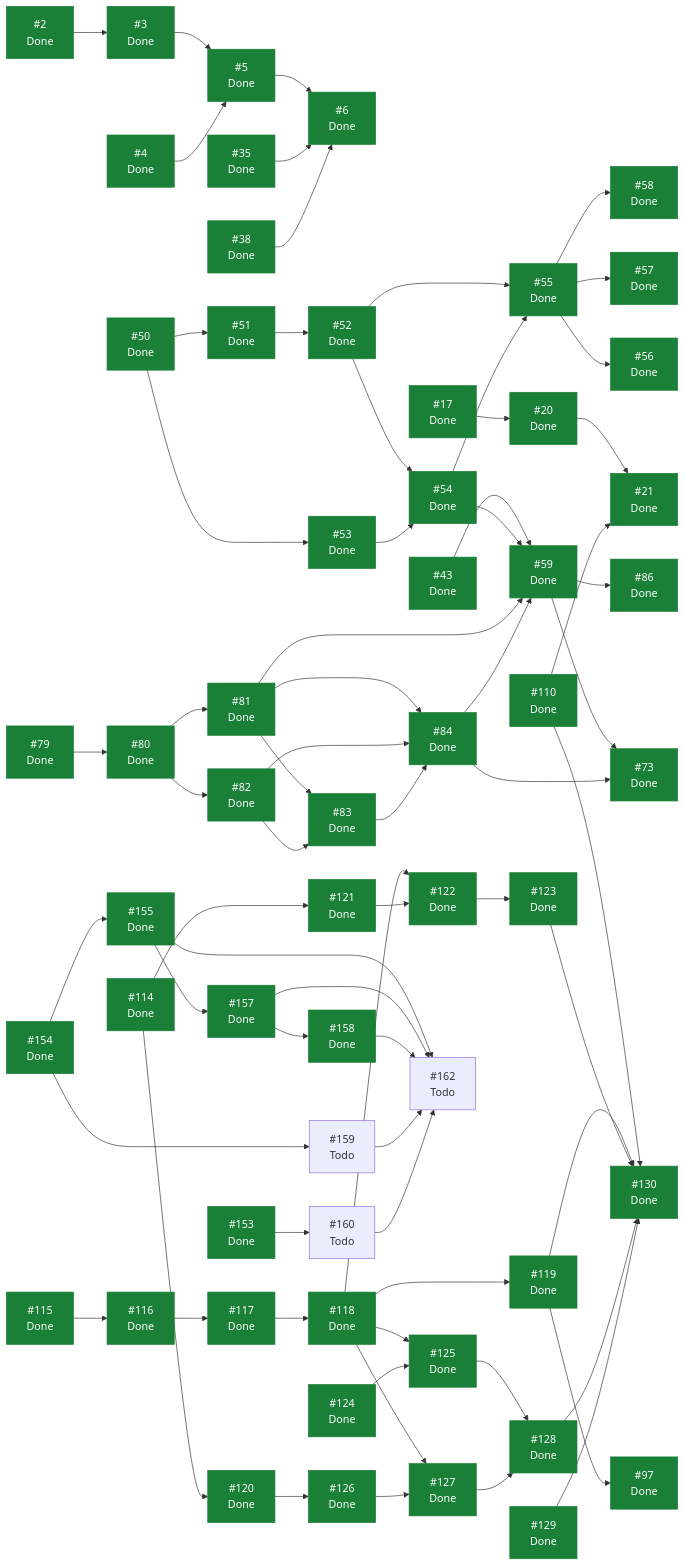
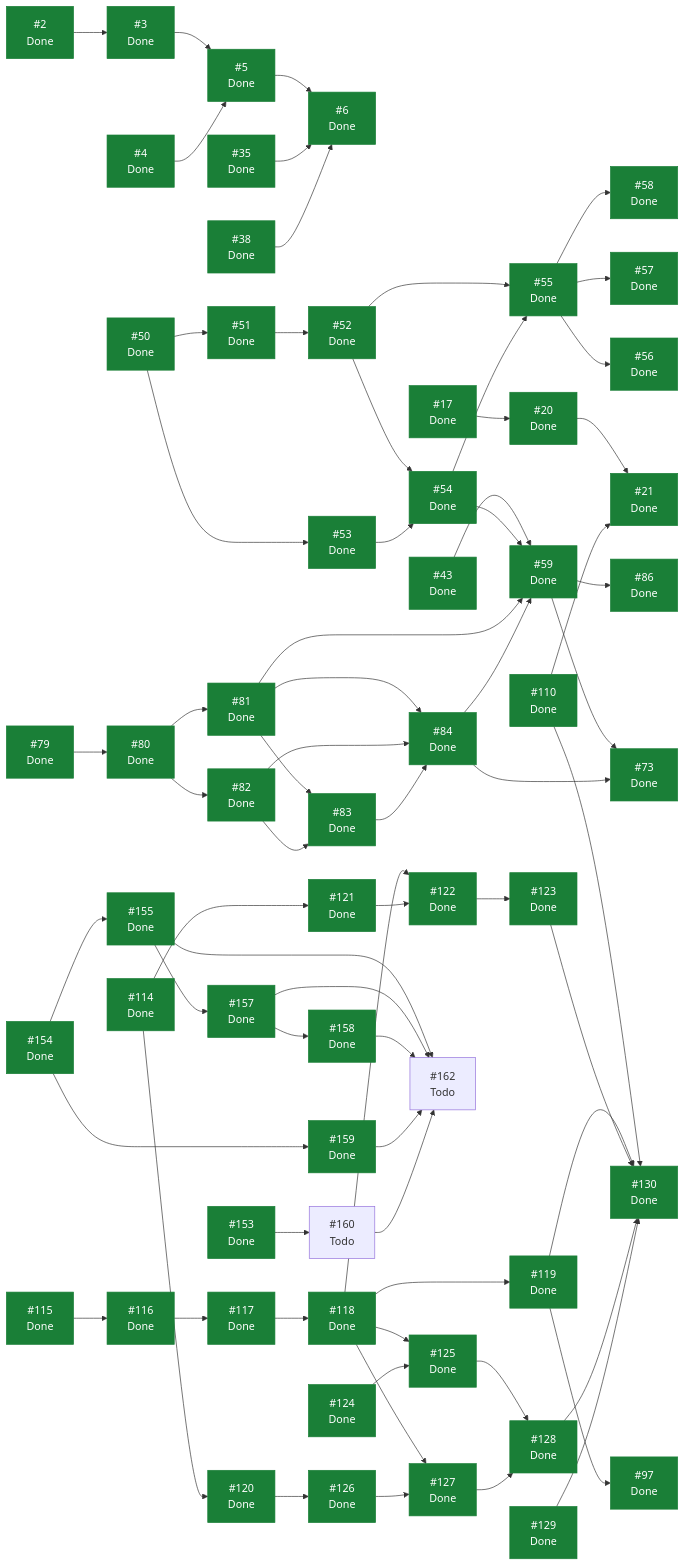
One commit to ecamp0s/evault changed the diagram in docs/planning/STATUS.md. Above: the diagram before and after it, drawn with Mermaid. The commit also changed other lines of this file, not shown here.

````diff
--- a/docs/planning/STATUS.md
+++ b/docs/planning/STATUS.md
@@ -214,7 +213,7 @@
   I155["#155<br/>Done"]
   I157["#157<br/>Done"]
   I158["#158<br/>Done"]
-  I159["#159<br/>Todo"]
+  I159["#159<br/>Done"]
   I160["#160<br/>Todo"]
   I162["#162<br/>Todo"]
   I2 --> I3
@@ -284,5 +283,5 @@
   I159 --> I162
   I160 --> I162
   classDef hecho fill:#1a7f37,stroke:#1a7f37,color:#fff;
-  class I2,I3,I4,I5,I6,I17,I20,I21,I35,I38,I43,I50,I51,I52,I53,I54,I55,I56,I57,I58,I59,I73,I79,I80,I81,I82,I83,I84,I86,I97,I110,I114,I115,I116,I117,I118,I119,I120,I121,I122,I123,I124,I125,I126,I127,I128,I129,I130,I153,I154,I155,I157,I158 hecho;
+  class I2,I3,I4,I5,I6,I17,I20,I21,I35,I38,I43,I50,I51,I52,I53,I54,I55,I56,I57,I58,I59,I73,I79,I80,I81,I82,I83,I84,I86,I97,I110,I114,I115,I116,I117,I118,I119,I120,I121,I122,I123,I124,I125,I126,I127,I128,I129,I130,I153,I154,I155,I157,I158,I159 hecho;
 ```
````
